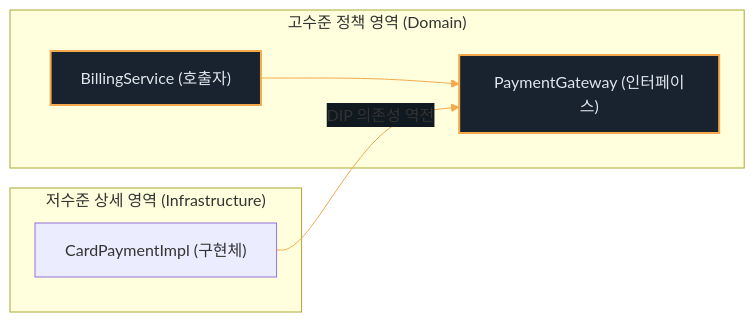
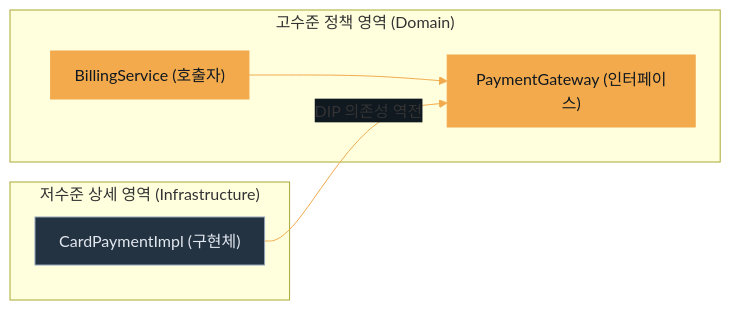
Before and after one commit to qus0in/slide-maker: the diagram in outputs/221-4.md, drawn with Mermaid. The commit also changed other lines of this file and 2 other files, not shown here.

Commit message:
refactor(slides): use blockquotes for SOLID definitions, improve Mermaid contrast on slide 15, and adjust global styles

````diff
--- a/outputs/221-4.md
+++ b/outputs/221-4.md
@@ -204,25 +219,29 @@
 ```mermaid
 ---
 config:
   themeVariables:
     lineColor: "#F2AA4C"
     arrowheadColor: "#F2AA4C"
     edgeLabelBackground: "#101820"
+  flowchart:
+    padding: 12
+    nodeSpacing: 50
+    rankSpacing: 50
 ---
 flowchart LR
   subgraph HighLevel ["고수준 정책 영역 (Domain)"]
     Service["BillingService (호출자)"]
     Intf["PaymentGateway (인터페이스)"]
   end
   subgraph LowLevel ["저수준 상세 영역 (Infrastructure)"]
     CardPay["CardPaymentImpl (구현체)"]
   end
 
   Service --> Intf
   CardPay -->|DIP 의존성 역전| Intf
   
-  classDef core fill:#18232F,stroke:#F2AA4C,color:#E0E6ED,stroke-width:2px;
-  classDef detail fill:#101820,stroke:#8A9Aad,color:#8A9Aad,stroke-dasharray: 5 5;
+  classDef core fill:#F2AA4C,stroke:#F2AA4C,color:#101820;
+  classDef detail fill:#243342,stroke:#94A3B8,color:#E2E8F0;
   class Service,Intf core;
-  class DB detail;
+  class CardPay detail;
 ```
````
